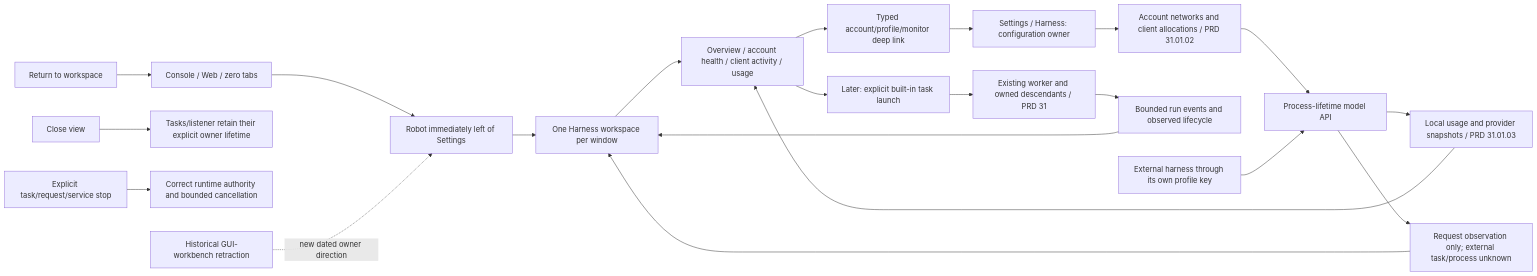
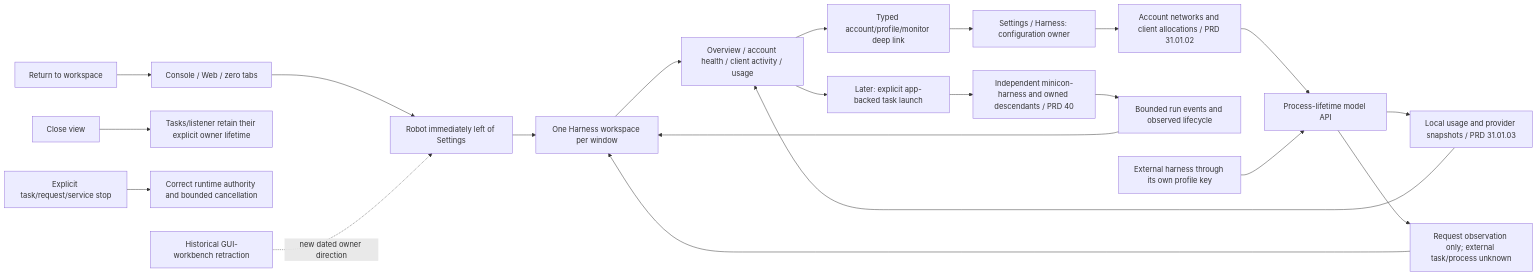
One commit to partnernetsoftware/minicon changed the first of 2 diagrams in prd/PRD_02_36_harness_workspace.md. Above: the diagram before and after it, drawn with Mermaid. The commit also changed other lines of this file and 10 other files, not shown here.

Commit message:
Plan optional minicon-harness app extraction

````diff
--- a/prd/PRD_02_36_harness_workspace.md
+++ b/prd/PRD_02_36_harness_workspace.md
@@ -57,23 +62,23 @@
 ```mermaid
 flowchart LR
     CW[Console / Web / zero tabs] --> R[Robot immediately left of Settings]
     R --> W[One Harness workspace per window]
     W --> HOME[Overview / account health / client activity / usage]
     HOME --> DL[Typed account/profile/monitor deep link]
     DL --> SET[Settings / Harness: configuration owner]
     SET --> POOL[Account networks and client allocations / PRD 31.01.02]
     POOL --> GW[Process-lifetime model API]
     GW --> MET[Local usage and provider snapshots / PRD 31.01.03]
     MET --> HOME
-    HOME --> TASK[Later: explicit built-in task launch]
-    TASK --> WORK[Existing worker and owned descendants / PRD 31]
+    HOME --> TASK[Later: explicit app-backed task launch]
+    TASK --> WORK[Independent minicon-harness and owned descendants / PRD 40]
     WORK --> EV[Bounded run events and observed lifecycle]
     EV --> W
     EXT[External harness through its own profile key] --> GW
     GW --> EXTOBS[Request observation only; external task/process unknown]
     EXTOBS --> W
     BACK[Return to workspace] --> CW
     CLOSE[Close view] --> KEEP[Tasks/listener retain their explicit owner lifetime]
     STOP[Explicit task/request/service stop] --> OWN[Correct runtime authority and bounded cancellation]
     OLD[Historical GUI-workbench retraction] -. new dated owner direction .-> R
 ```
````
